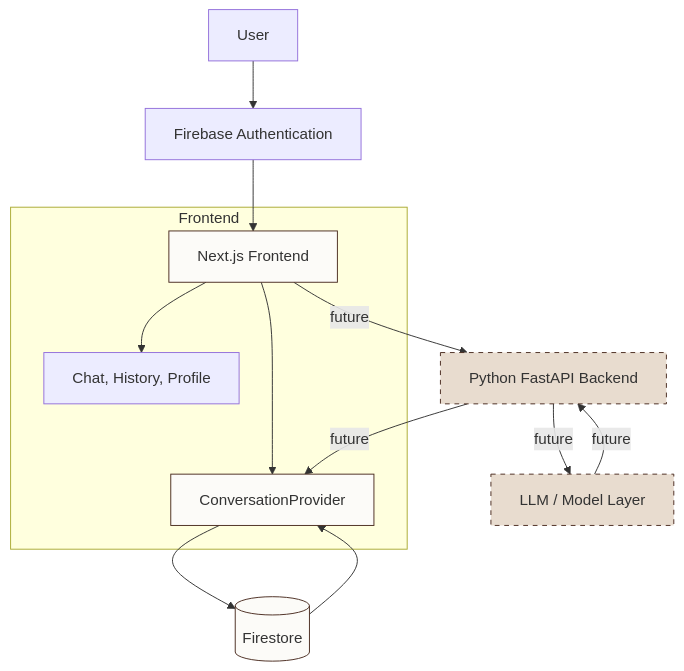
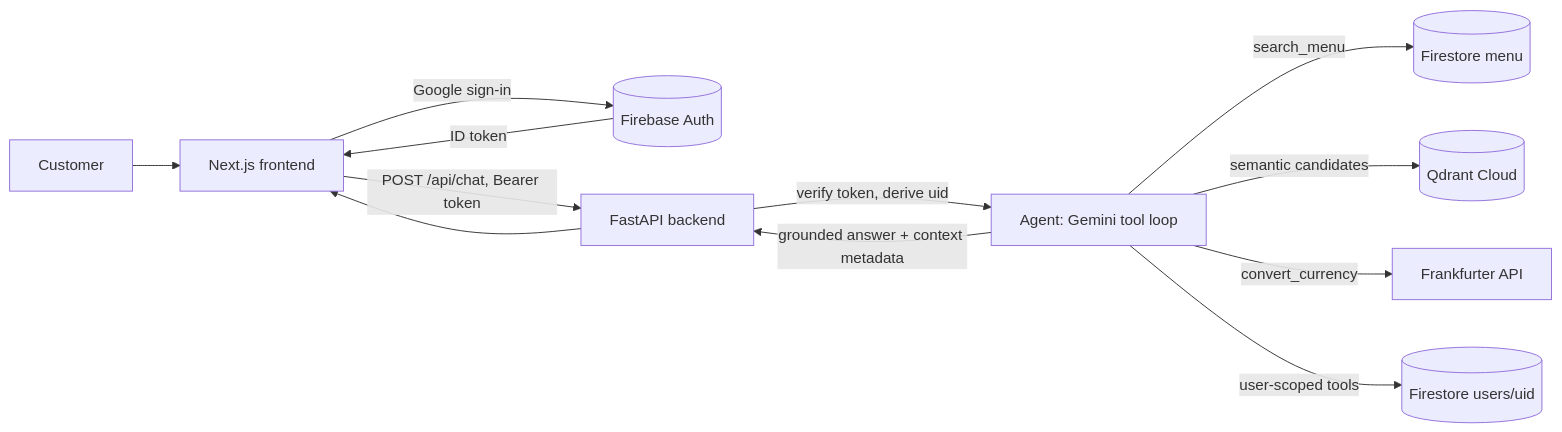
Before and after one commit to Feroan101/Grounded: the first of 2 diagrams in README.md, drawn with Mermaid. The commit also changed other lines of this file, not shown here.

Commit message:
docs: rewrite README with production architecture overview

````diff
--- a/README.md
+++ b/README.md
@@ -17,24 +42,14 @@
 ```mermaid
-flowchart TD
-    U[User] --> FA[Firebase Authentication]
-    FA --> FE[Next.js Frontend]
-
-    subgraph Frontend
-        FE --> CP[ConversationProvider]
-        FE --> CV[Chat, History, Profile]
-    end
-
-    CP --> FS[(Firestore)]
-    FS --> CP
-
-    FE -->|future| BE[Python FastAPI Backend]
-    BE -->|future| LLM[LLM / Model Layer]
-    LLM -->|future| BE
-    BE -->|future| CP
-
-    style FE fill:#FCFBF8,stroke:#4A2C20
-    style FS fill:#FCFBF8,stroke:#4A2C20
-    style CP fill:#FCFBF8,stroke:#4A2C20
-    style BE fill:#E8DCCF,stroke:#4A2C20,stroke-dasharray: 5 5
-    style LLM fill:#E8DCCF,stroke:#4A2C20,stroke-dasharray: 5 5
+flowchart LR
+    U[Customer] --> FE[Next.js frontend]
+    FE -->|Google sign-in| FA[(Firebase Auth)]
+    FA -->|ID token| FE
+    FE -->|"POST /api/chat, Bearer token"| API[FastAPI backend]
+    API -->|"verify token, derive uid"| AG[Agent: Gemini tool loop]
+    AG -->|search_menu| MENU[(Firestore menu)]
+    AG -->|"semantic candidates"| QD[(Qdrant Cloud)]
+    AG -->|convert_currency| FX[Frankfurter API]
+    AG -->|"user-scoped tools"| USR[(Firestore users/uid)]
+    AG -->|"grounded answer + context metadata"| API
+    API --> FE
 ```
````
